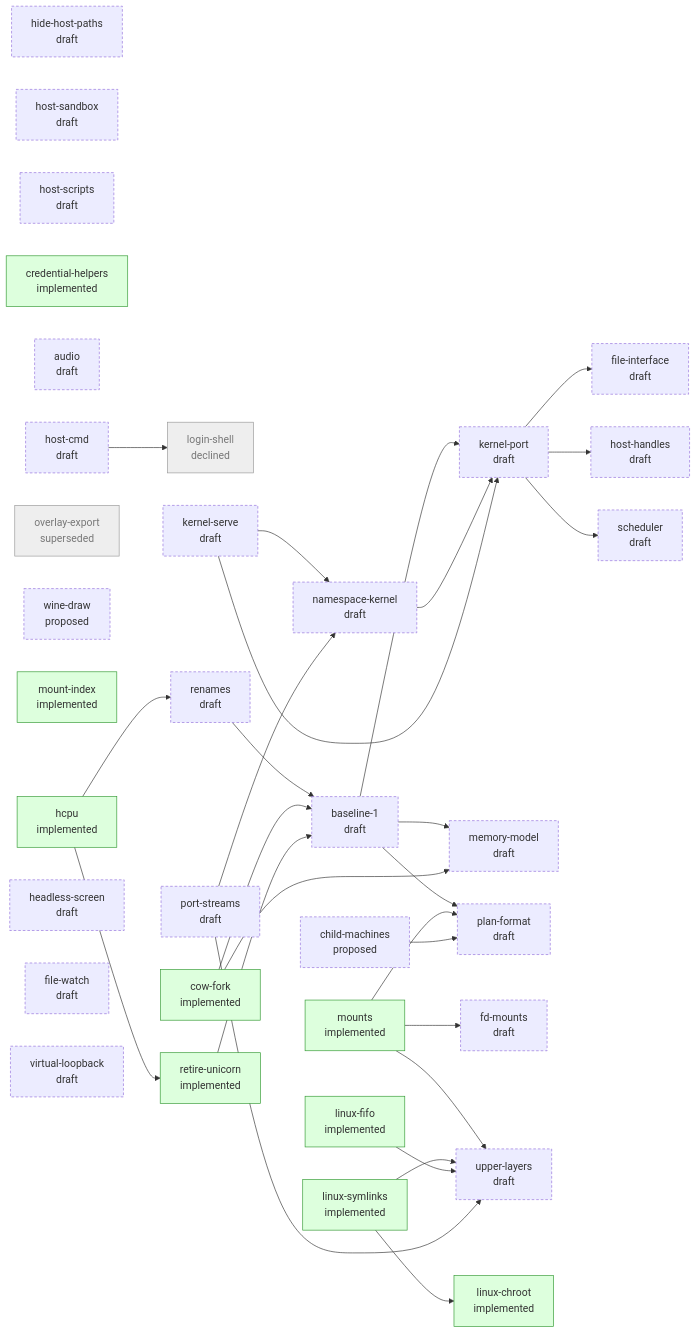
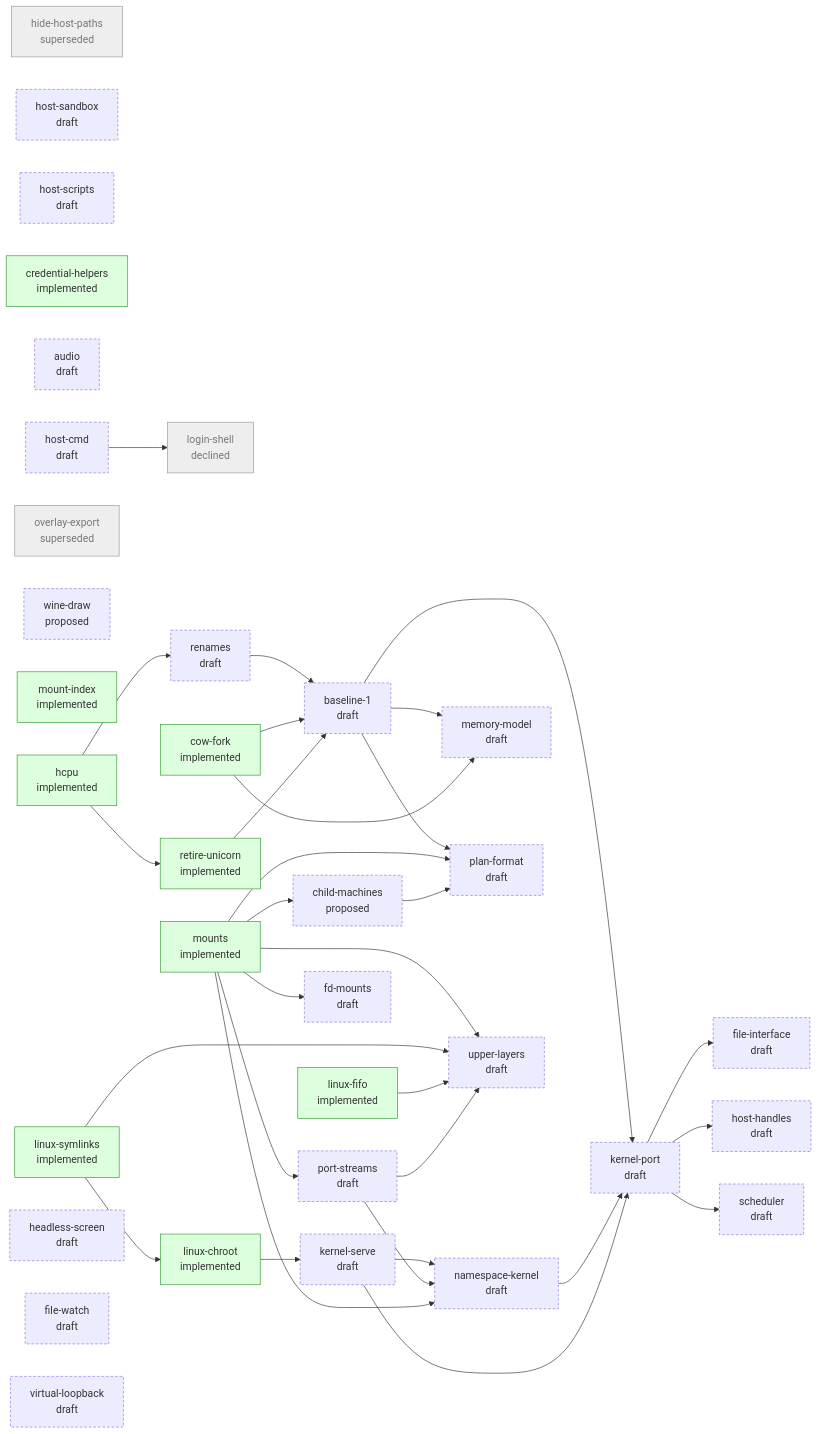
One commit to progrium/hyper9 changed the diagram in design/STATUS.md. Above: the diagram before and after it, drawn with Mermaid. The commit also changed other lines of this file, not shown here.

Commit message:
design: regenerate STATUS.md

````diff
--- a/design/STATUS.md
+++ b/design/STATUS.md
@@ -44,66 +44,70 @@
 ```mermaid
 flowchart LR
   classDef draft stroke-dasharray: 4 3
   classDef accepted stroke-width: 2px
   classDef implemented fill:#dfd,stroke:#393
   classDef closed fill:#eee,stroke:#999,color:#777
-  p_hide_host_paths["hide-host-paths<br/>draft"]:::draft
+  p_hide_host_paths["hide-host-paths<br/>superseded"]:::closed
   p_host_sandbox["host-sandbox<br/>draft"]:::draft
   p_host_scripts["host-scripts<br/>draft"]:::draft
   p_credential_helpers["credential-helpers<br/>implemented"]:::implemented
   p_audio["audio<br/>draft"]:::draft
   p_host_cmd["host-cmd<br/>draft"]:::draft
   p_overlay_export["overlay-export<br/>superseded"]:::closed
   p_login_shell["login-shell<br/>declined"]:::closed
   p_child_machines["child-machines<br/>proposed"]:::draft
   p_cow_fork["cow-fork<br/>implemented"]:::implemented
   p_wine_draw["wine-draw<br/>proposed"]:::draft
   p_mount_index["mount-index<br/>implemented"]:::implemented
   p_hcpu["hcpu<br/>implemented"]:::implemented
   p_kernel_serve["kernel-serve<br/>draft"]:::draft
   p_namespace_kernel["namespace-kernel<br/>draft"]:::draft
   p_port_streams["port-streams<br/>draft"]:::draft
   p_linux_fifo["linux-fifo<br/>implemented"]:::implemented
   p_mounts["mounts<br/>implemented"]:::implemented
   p_baseline_1["baseline-1<br/>draft"]:::draft
   p_file_interface["file-interface<br/>draft"]:::draft
   p_host_handles["host-handles<br/>draft"]:::draft
   p_kernel_port["kernel-port<br/>draft"]:::draft
   p_linux_symlinks["linux-symlinks<br/>implemented"]:::implemented
   p_memory_model["memory-model<br/>draft"]:::draft
   p_plan_format["plan-format<br/>draft"]:::draft
   p_renames["renames<br/>draft"]:::draft
   p_retire_unicorn["retire-unicorn<br/>implemented"]:::implemented
   p_scheduler["scheduler<br/>draft"]:::draft
   p_fd_mounts["fd-mounts<br/>draft"]:::draft
   p_upper_layers["upper-layers<br/>draft"]:::draft
   p_headless_screen["headless-screen<br/>draft"]:::draft
   p_file_watch["file-watch<br/>draft"]:::draft
   p_linux_chroot["linux-chroot<br/>implemented"]:::implemented
   p_virtual_loopback["virtual-loopback<br/>draft"]:::draft
   p_host_cmd --> p_login_shell
+  p_mounts --> p_child_machines
+  p_linux_chroot --> p_kernel_serve
   p_kernel_serve --> p_namespace_kernel
   p_port_streams --> p_namespace_kernel
+  p_mounts --> p_namespace_kernel
+  p_mounts --> p_port_streams
   p_renames --> p_baseline_1
   p_cow_fork --> p_baseline_1
   p_retire_unicorn --> p_baseline_1
   p_kernel_port --> p_file_interface
   p_kernel_port --> p_host_handles
   p_baseline_1 --> p_kernel_port
   p_namespace_kernel --> p_kernel_port
   p_kernel_serve --> p_kernel_port
   p_baseline_1 --> p_memory_model
   p_cow_fork --> p_memory_model
   p_baseline_1 --> p_plan_format
   p_mounts --> p_plan_format
   p_child_machines --> p_plan_format
   p_hcpu --> p_renames
   p_hcpu --> p_retire_unicorn
   p_kernel_port --> p_scheduler
   p_mounts --> p_fd_mounts
   p_mounts --> p_upper_layers
   p_linux_symlinks --> p_upper_layers
   p_linux_fifo --> p_upper_layers
   p_port_streams --> p_upper_layers
   p_linux_symlinks --> p_linux_chroot
 ```
````
